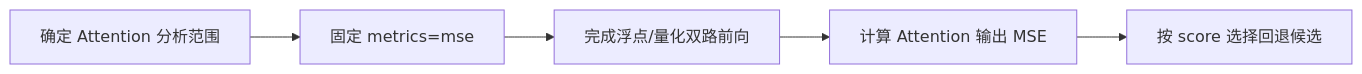
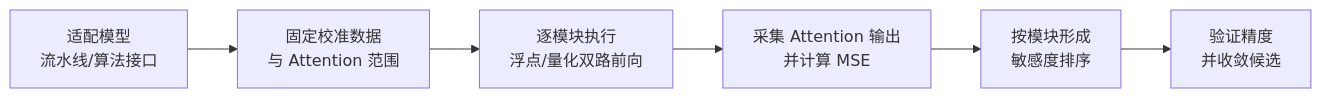
The diagram in msmodelslim/docs/zh/knowledge_base/quantization_algorithms/attention_mse/usage_attention_mse.md (mindstudio-docs/master), drawn with Mermaid before and after one commit. The commit also changed other lines of this file and 235 other files, not shown here.

````diff
--- a/msmodelslim/docs/zh/knowledge_base/quantization_algorithms/attention_mse/usage_attention_mse.md
+++ b/msmodelslim/docs/zh/knowledge_base/quantization_algorithms/attention_mse/usage_attention_mse.md
@@ -23,7 +27,8 @@
 ```mermaid
 flowchart LR
-    A[确定 Attention 分析范围] --> B[固定 metrics=mse]
-    B[固定 metrics=mse] --> C[完成浮点/量化双路前向]
-    C[完成浮点/量化双路前向] --> D[计算 Attention 输出 MSE]
-    D[计算 Attention 输出 MSE] --> E[按 score 选择回退候选]
+    A[适配模型<br/>流水线/算法接口] --> B[固定校准数据<br/>与 Attention 范围]
+    B --> C[逐模块执行<br/>浮点/量化双路前向]
+    C --> D[采集 Attention 输出<br/>并计算 MSE]
+    D --> E[按模块形成<br/>敏感度排序]
+    E --> F[验证精度<br/>并收敛候选]
 ```
````
